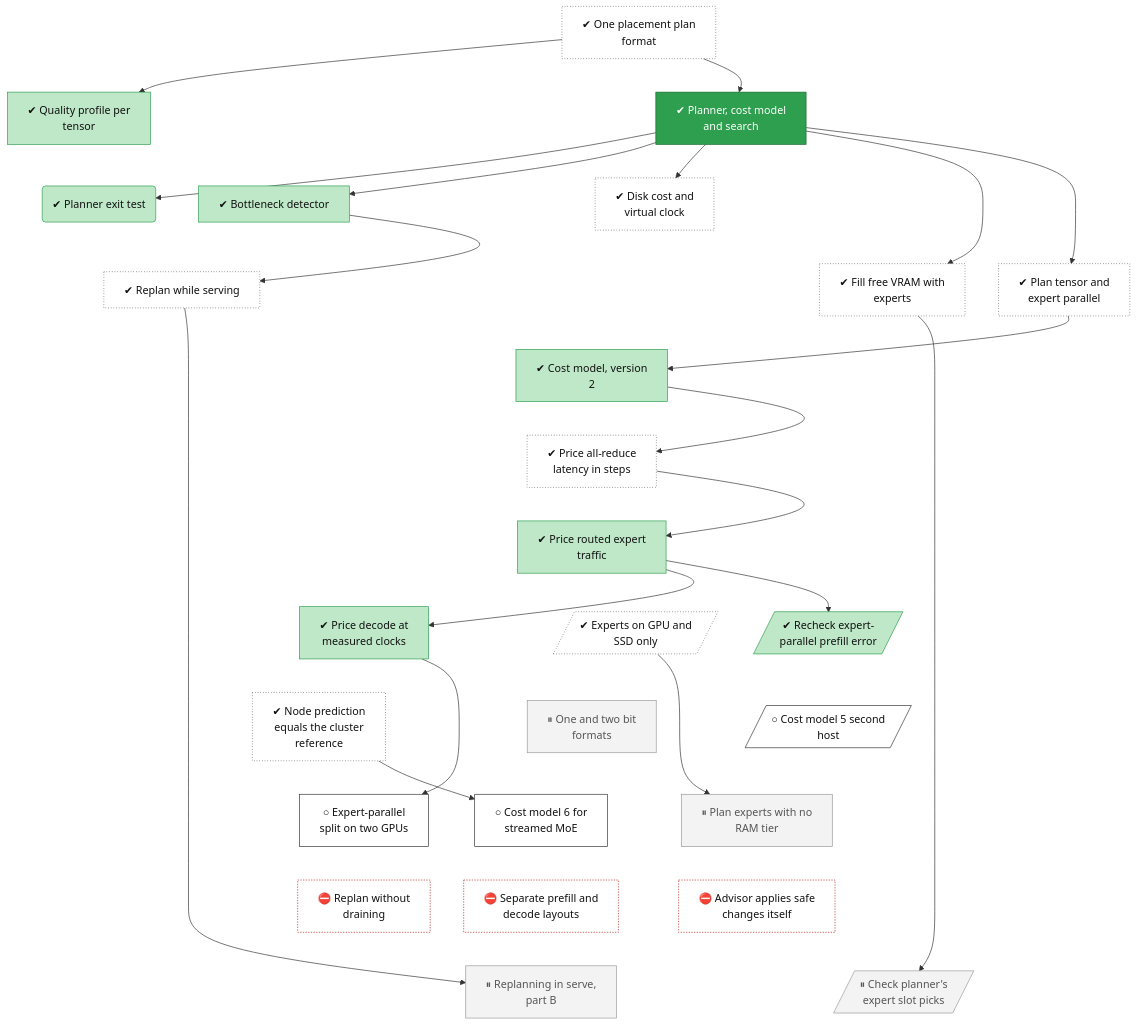
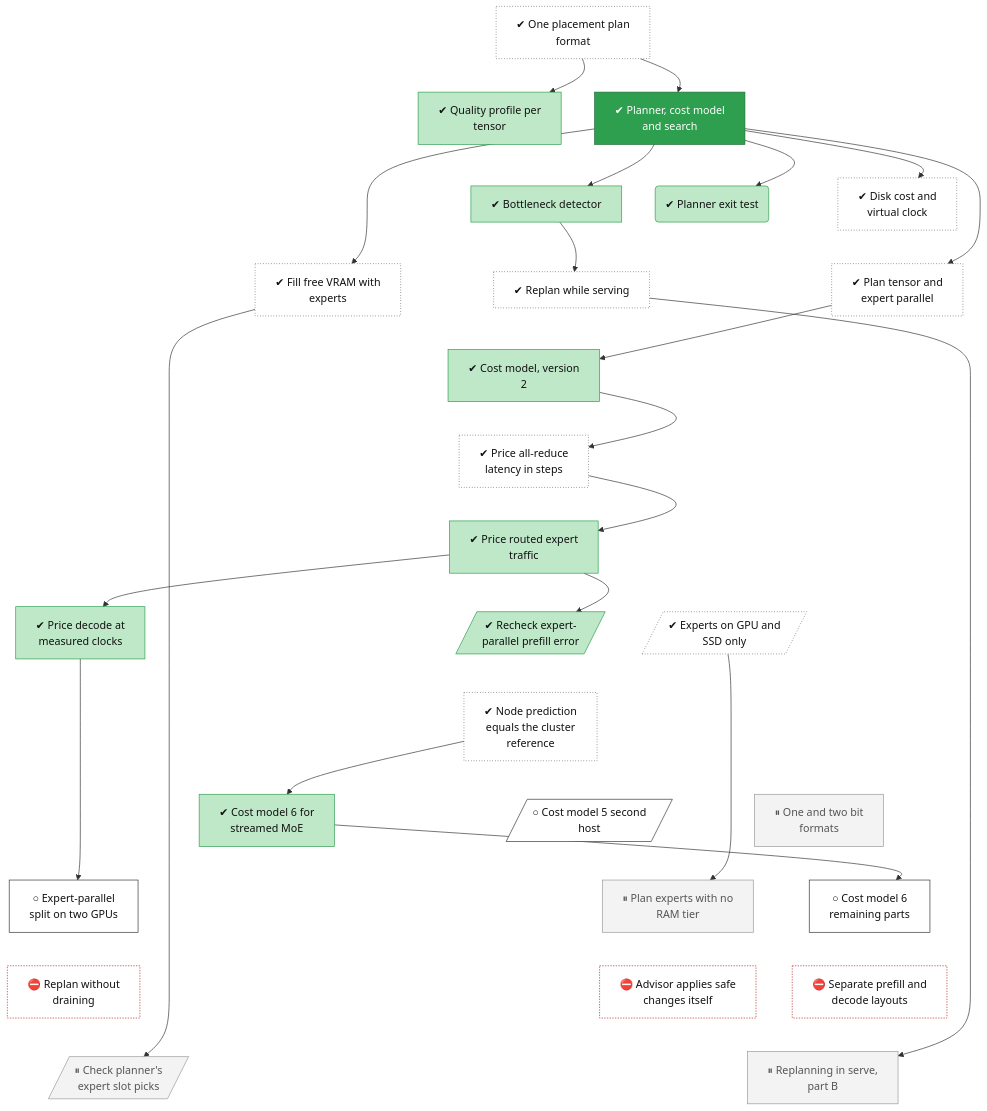
The diagram in docs/roadmap/tracks/planner.md (lhns/tetraeder), drawn with Mermaid before and after one commit. The commit also changed other lines of this file and 6 other files, not shown here.

Commit message:
Cost model 6 in sample (stream-predict-20261124): D2 tg e -0.101 within 0.15, done line held; ADR 0092 History; node done, planner-costmodel-v6-rest next, bench-235b-segment-confirm next (not measured)

````diff
--- a/docs/roadmap/tracks/planner.md
+++ b/docs/roadmap/tracks/planner.md
@@ -25,11 +25,12 @@
     planner_ep_prefill_recheck[/"✔ Recheck expert-<br/>parallel prefill error"/]
     planner_low_ram_modes[/"✔ Experts on GPU and<br/>SSD only"/]
     planner_node_predict_check["✔ Node prediction<br/>equals the cluster<br/>reference"]
+    planner_costmodel_stream_terms["✔ Cost model 6 for<br/>streamed MoE"]
     planner_cost_model_v5_host2[/"○ Cost model 5 second<br/>host"/]
     planner_low_bit_formats["⏸ One and two bit<br/>formats"]
     planner_ep_split["○ Expert-parallel<br/>split on two GPUs"]
     planner_ram_slots_zero["⏸ Plan experts with no<br/>RAM tier"]
-    planner_costmodel_stream_terms["○ Cost model 6 for<br/>streamed MoE"]
+    planner_costmodel_v6_rest["○ Cost model 6<br/>remaining parts"]
     planner_live_replan["⛔ Replan without<br/>draining"]
     planner_advisor_auto["⛔ Advisor applies safe<br/>changes itself"]
     planner_split_layouts["⛔ Separate prefill and<br/>decode layouts"]
@@ -52,14 +53,17 @@
     planner_cost_v4 ~~~ planner_ep_prefill_recheck
     planner_cost_v4 ~~~ planner_low_ram_modes
     planner_cost_model_v5 ~~~ planner_node_predict_check
-    planner_ep_prefill_recheck ~~~ planner_cost_model_v5_host2
-    planner_low_ram_modes ~~~ planner_low_bit_formats
-    planner_node_predict_check ~~~ planner_ep_split
+    planner_ep_prefill_recheck ~~~ planner_node_predict_check
+    planner_low_ram_modes ~~~ planner_node_predict_check
+    planner_node_predict_check ~~~ planner_costmodel_stream_terms
+    planner_node_predict_check ~~~ planner_cost_model_v5_host2
+    planner_node_predict_check ~~~ planner_low_bit_formats
+    planner_costmodel_stream_terms ~~~ planner_ep_split
     planner_cost_model_v5_host2 ~~~ planner_ram_slots_zero
-    planner_low_bit_formats ~~~ planner_costmodel_stream_terms
+    planner_low_bit_formats ~~~ planner_costmodel_v6_rest
     planner_ep_split ~~~ planner_live_replan
     planner_ram_slots_zero ~~~ planner_advisor_auto
-    planner_costmodel_stream_terms ~~~ planner_split_layouts
+    planner_costmodel_v6_rest ~~~ planner_split_layouts
     planner_live_replan ~~~ planner_slot_campaign
     planner_advisor_auto ~~~ planner_replan_part_b
     planner_split_layouts ~~~ planner_replan_part_b
@@ -76,9 +80,10 @@
     planner_cost_v3 --> planner_cost_v4
     planner_cost_v4 --> planner_cost_model_v5
     planner_cost_v4 --> planner_ep_prefill_recheck
+    planner_node_predict_check --> planner_costmodel_stream_terms
     planner_cost_model_v5 --> planner_ep_split
     planner_low_ram_modes --> planner_ram_slots_zero
-    planner_node_predict_check --> planner_costmodel_stream_terms
+    planner_costmodel_stream_terms --> planner_costmodel_v6_rest
     planner_fill_tier --> planner_slot_campaign
     planner_replan --> planner_replan_part_b
     classDef vsucc fill:#2e9e4f,stroke:#1b6b34,color:#fff
@@ -96,9 +101,9 @@
     classDef finding fill:#ffe0b2,stroke:#d84315,stroke-width:2px,color:#111
     classDef waiting fill:#e3f2fd,stroke:#1f6fc5,stroke-dasharray:5 5,color:#111
     class planner_plan_ir,planner_tier_cost,planner_replan,planner_fill_tier,planner_parallel_shapes,planner_cost_v3,planner_low_ram_modes,planner_node_predict_check unrated
-    class planner_quality,planner_exit,planner_detector,planner_cost_v2,planner_cost_v4,planner_cost_model_v5,planner_ep_prefill_recheck succ
+    class planner_quality,planner_exit,planner_detector,planner_cost_v2,planner_cost_v4,planner_cost_model_v5,planner_ep_prefill_recheck,planner_costmodel_stream_terms succ
     class planner_core vsucc
-    class planner_cost_model_v5_host2,planner_ep_split,planner_costmodel_stream_terms next
+    class planner_cost_model_v5_host2,planner_ep_split,planner_costmodel_v6_rest next
     class planner_low_bit_formats,planner_ram_slots_zero,planner_slot_campaign,planner_replan_part_b parked
     class planner_live_replan,planner_advisor_auto,planner_split_layouts blocked
 ```
````
